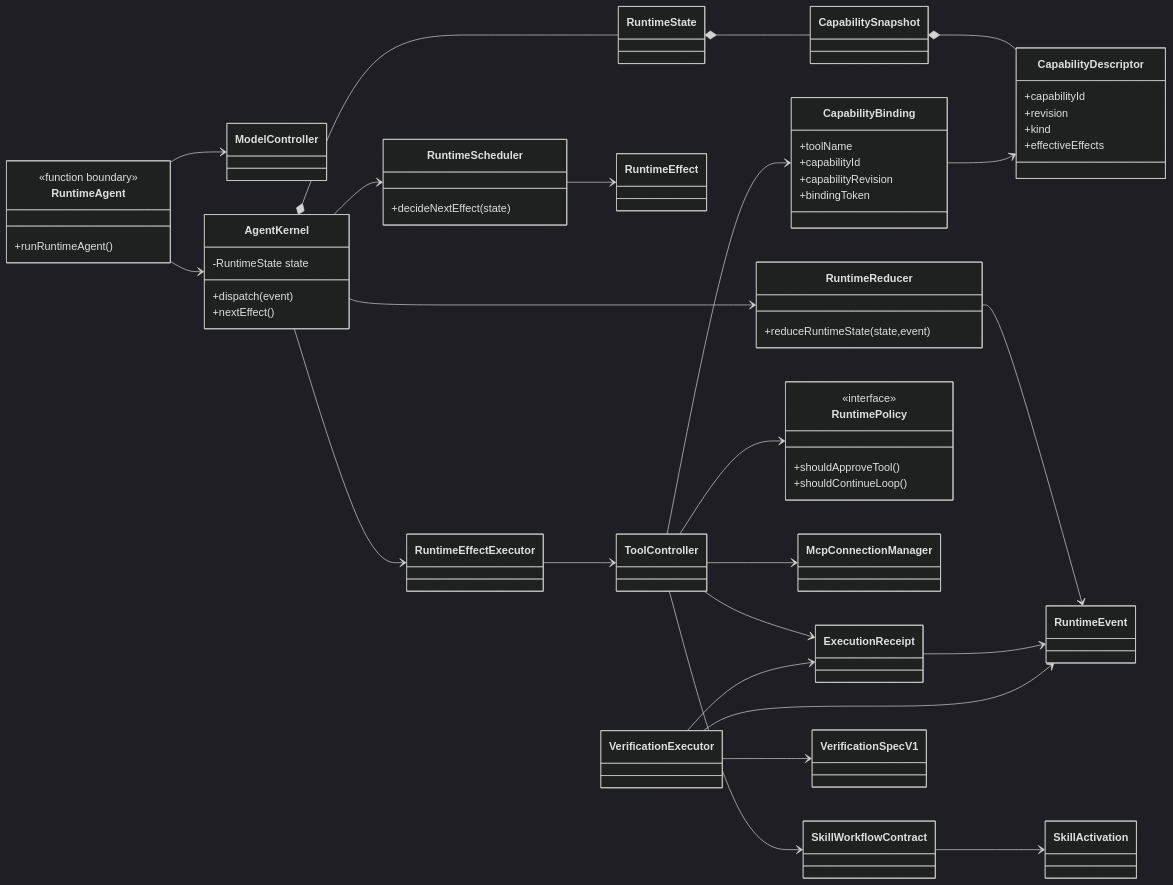
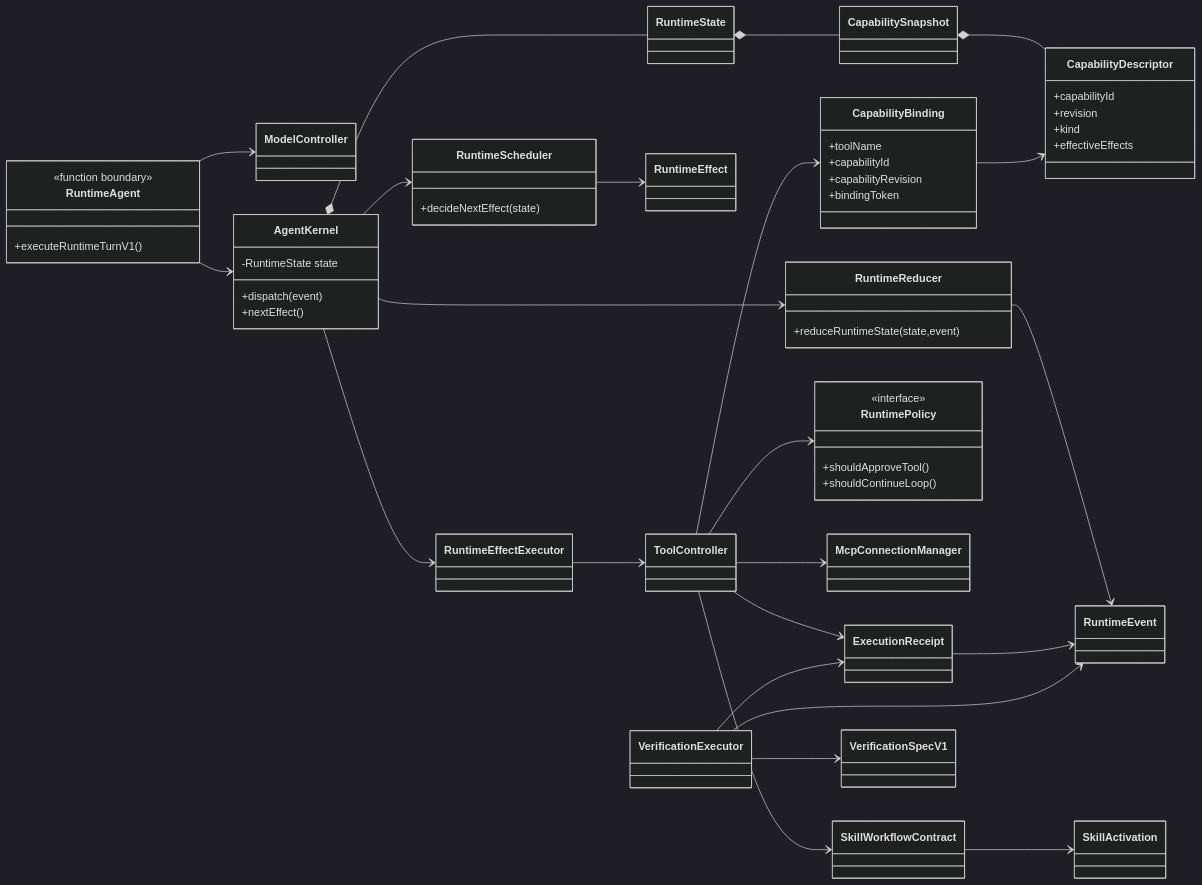
Before and after one commit to ferqx/kite-code: the second of 2 diagrams in docs/active/six-concept-runtime-architecture.md, drawn with Mermaid (dark theme). The commit also changed other lines of this file and 1440 other files, not shown here.

````diff
--- a/docs/active/six-concept-runtime-architecture.md
+++ b/docs/active/six-concept-runtime-architecture.md
@@ -508,73 +706,73 @@
 ```mermaid
 classDiagram
 direction LR
 
 class RuntimeAgent {
   <<function boundary>>
-  +runRuntimeAgent()
+  +executeRuntimeTurnV1()
 }
 class ModelController
 class AgentKernel {
   -RuntimeState state
   +dispatch(event)
   +nextEffect()
 }
 class RuntimeState
 class RuntimeEvent
 class RuntimeEffect
 class RuntimeScheduler {
   +decideNextEffect(state)
 }
 class RuntimeReducer {
   +reduceRuntimeState(state,event)
 }
 class CapabilitySnapshot
 class CapabilityDescriptor {
   +capabilityId
   +revision
   +kind
   +effectiveEffects
 }
 class CapabilityBinding {
   +toolName
   +capabilityId
   +capabilityRevision
   +bindingToken
 }
 class RuntimePolicy {
   <<interface>>
   +shouldApproveTool()
   +shouldContinueLoop()
 }
 class RuntimeEffectExecutor
 class ToolController
 class McpConnectionManager
 class SkillWorkflowContract
 class SkillActivation
 class ExecutionReceipt
 class VerificationSpecV1
 class VerificationExecutor
 
 RuntimeAgent --> ModelController
 RuntimeAgent --> AgentKernel
 AgentKernel *-- RuntimeState
 AgentKernel --> RuntimeScheduler
 AgentKernel --> RuntimeReducer
 RuntimeScheduler --> RuntimeEffect
 RuntimeReducer --> RuntimeEvent
 AgentKernel --> RuntimeEffectExecutor
 RuntimeState *-- CapabilitySnapshot
 CapabilitySnapshot *-- CapabilityDescriptor
 CapabilityBinding --> CapabilityDescriptor
 RuntimeEffectExecutor --> ToolController
 ToolController --> CapabilityBinding
 ToolController --> RuntimePolicy
 ToolController --> McpConnectionManager
 ToolController --> SkillWorkflowContract
 SkillWorkflowContract --> SkillActivation
 ToolController --> ExecutionReceipt
 ExecutionReceipt --> RuntimeEvent
 VerificationExecutor --> VerificationSpecV1
 VerificationExecutor --> ExecutionReceipt
 VerificationExecutor --> RuntimeEvent
 ```
````
